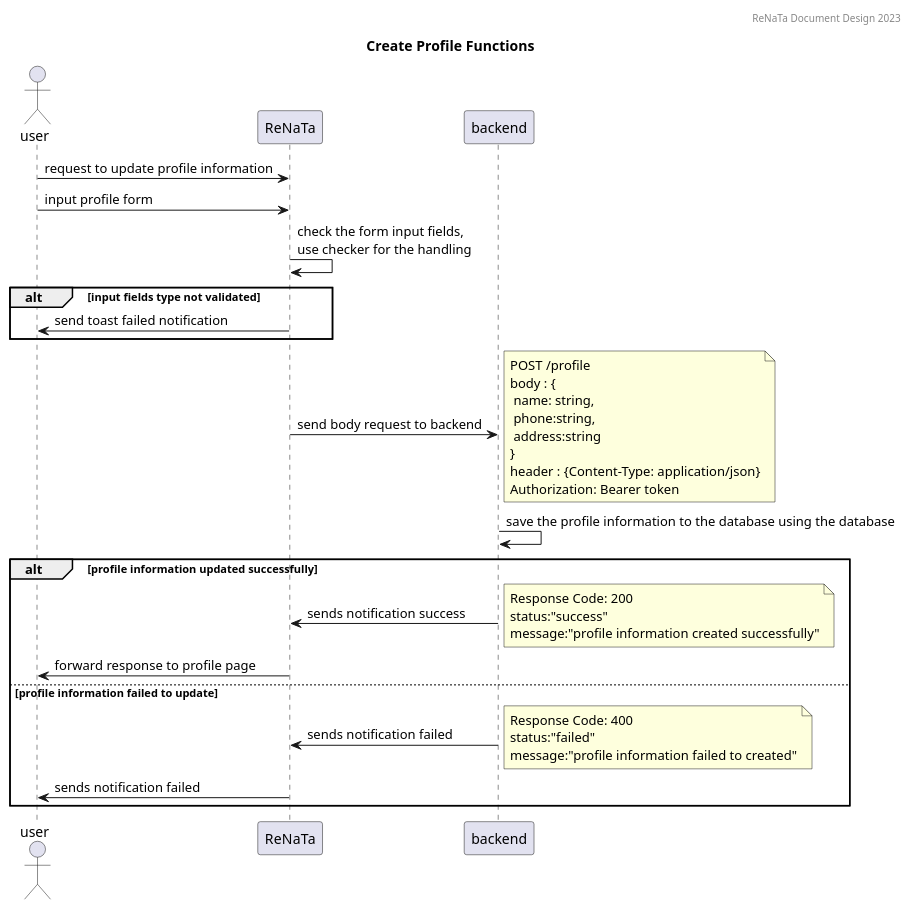
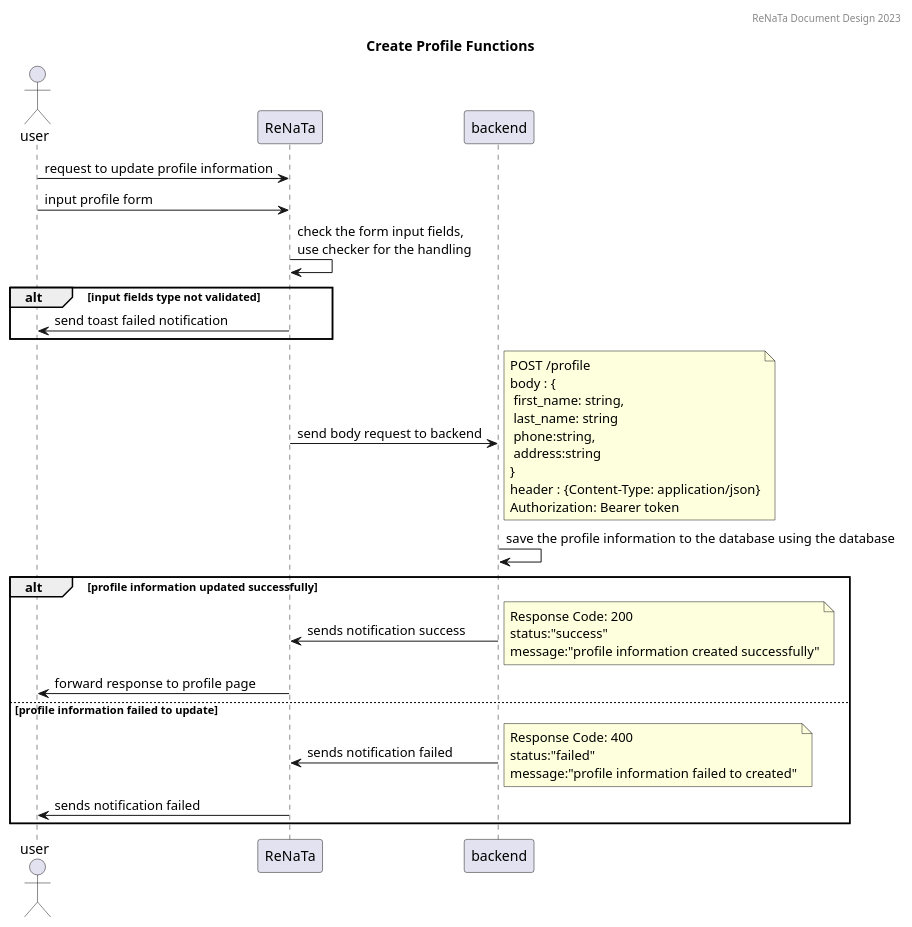
One commit to RENATA-C23-PS218/renata-project-design changed the diagram in uml-sequence/profile/create-profile.puml. Above: the diagram before and after it, drawn with PlantUML. The commit also changed 2 other files, not shown here.

```diff
--- a/uml-sequence/profile/create-profile.puml
+++ b/uml-sequence/profile/create-profile.puml
@@ -1,31 +1,31 @@
 @startuml
 
 header ReNaTa Document Design 2023
 title Create Profile Functions
 
 actor user
 participant ReNaTa
 participant backend
 
 note left: User can view and edit their profile information such as name, email, and password
 
 user->ReNaTa: request to update profile information
 user->ReNaTa: input profile form
 ReNaTa->ReNaTa: check the form input fields,\nuse checker for the handling
 alt input fields type not validated
     ReNaTa->user: send toast failed notification
 end
 backend<-ReNaTa: send body request to backend
-note right : POST /profile\nbody : {\n name: string,\n phone:string,\n address:string\n}\nheader : {Content-Type: application/json}\nAuthorization: Bearer token 
+note right : POST /profile\nbody : {\n first_name: string,\n last_name: string\n phone:string,\n address:string\n}\nheader : {Content-Type: application/json}\nAuthorization: Bearer token 
 backend->backend: save the profile information to the database using the database
 alt profile information updated successfully
     backend->ReNaTa: sends notification success
     note right: Response Code: 200\nstatus:"success"\nmessage:"profile information created successfully"
     user<-ReNaTa: forward response to profile page
 else profile information failed to update
     backend->ReNaTa: sends notification failed
     note right: Response Code: 400\nstatus:"failed"\nmessage:"profile information failed to created"
     user<-ReNaTa: sends notification failed
 end
 
 @enduml
```
